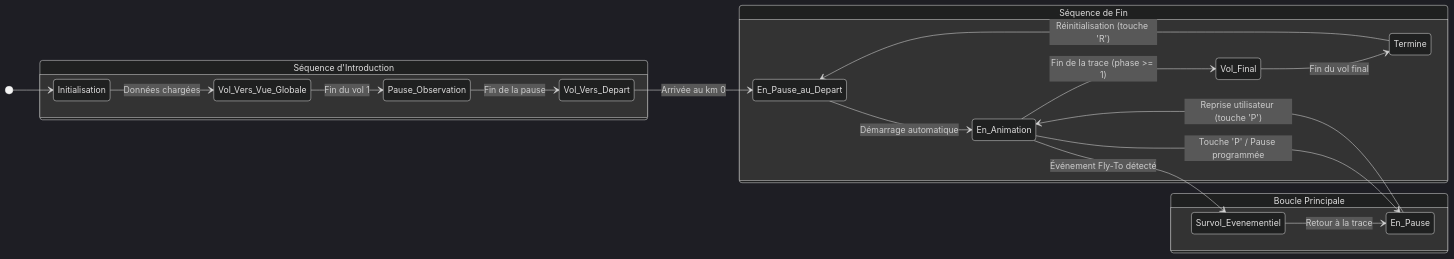
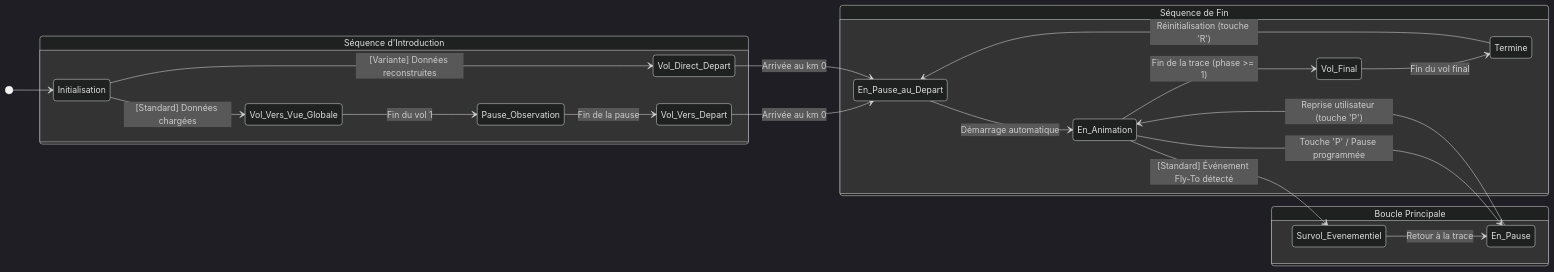
The diagram in documentation/animation_automate.md (JMBaubet/VisuGPS), drawn with Mermaid (dark theme) before and after one commit. The commit also changed other lines of this file and 3 other files, not shown here.

````diff
--- a/documentation/animation_automate.md
+++ b/documentation/animation_automate.md
@@ -7,28 +7,31 @@
 ```mermaid
 stateDiagram-v2
     direction LR
     [*] --> Initialisation
 
     state "Séquence d'Introduction" as Intro {
         direction TB
-        Initialisation --> Vol_Vers_Vue_Globale: Données chargées
+        Initialisation --> Vol_Vers_Vue_Globale: [Standard] Données chargées
         Vol_Vers_Vue_Globale --> Pause_Observation: Fin du vol 1
         Pause_Observation --> Vol_Vers_Depart: Fin de la pause
         Vol_Vers_Depart --> En_Pause_au_Depart: Arrivée au km 0
+
+        Initialisation --> Vol_Direct_Depart: [Variante] Données reconstruites
+        Vol_Direct_Depart --> En_Pause_au_Depart: Arrivée au km 0
     }
 
     state "Boucle Principale" as MainLoop {
         direction TB
         En_Pause_au_Depart --> En_Animation: Démarrage automatique
         En_Animation --> En_Pause: Touche 'P' / Pause programmée
         En_Pause --> En_Animation: Reprise utilisateur (touche 'P')
-        En_Animation --> Survol_Evenementiel: Événement Fly-To détecté
+        En_Animation --> Survol_Evenementiel: [Standard] Événement Fly-To détecté
         Survol_Evenementiel --> En_Pause: Retour à la trace
     }
 
     state "Séquence de Fin" as EndSequence {
         En_Animation --> Vol_Final: Fin de la trace (phase >= 1)
         Vol_Final --> Termine: Fin du vol final
         Termine --> En_Pause_au_Depart: Réinitialisation (touche 'R')
     }
 ```
````
